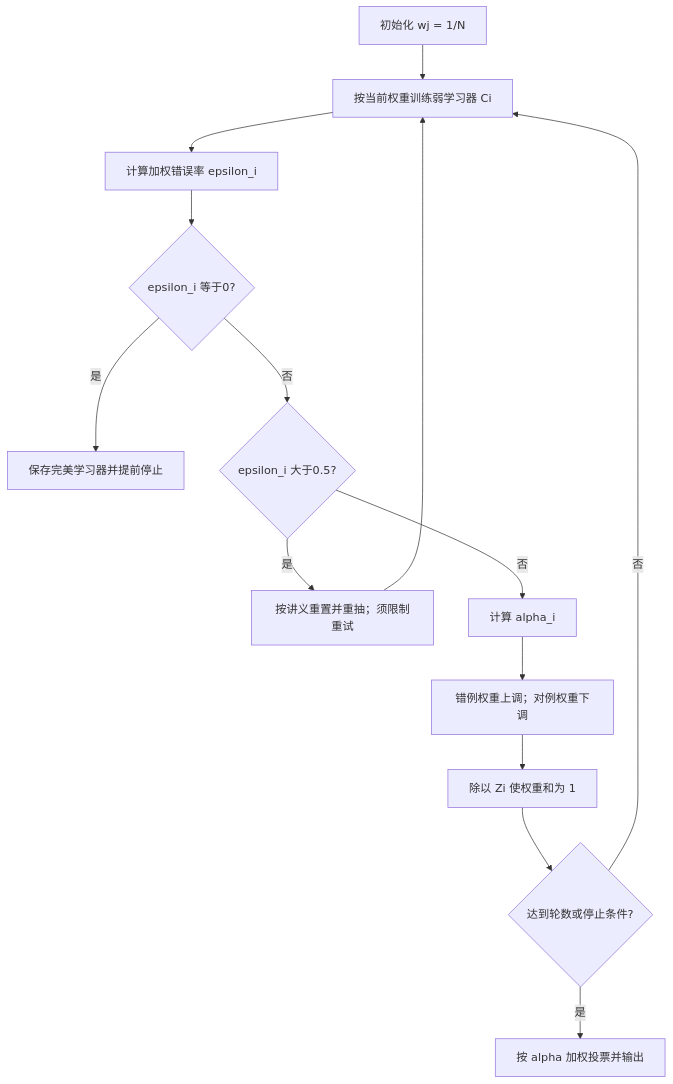
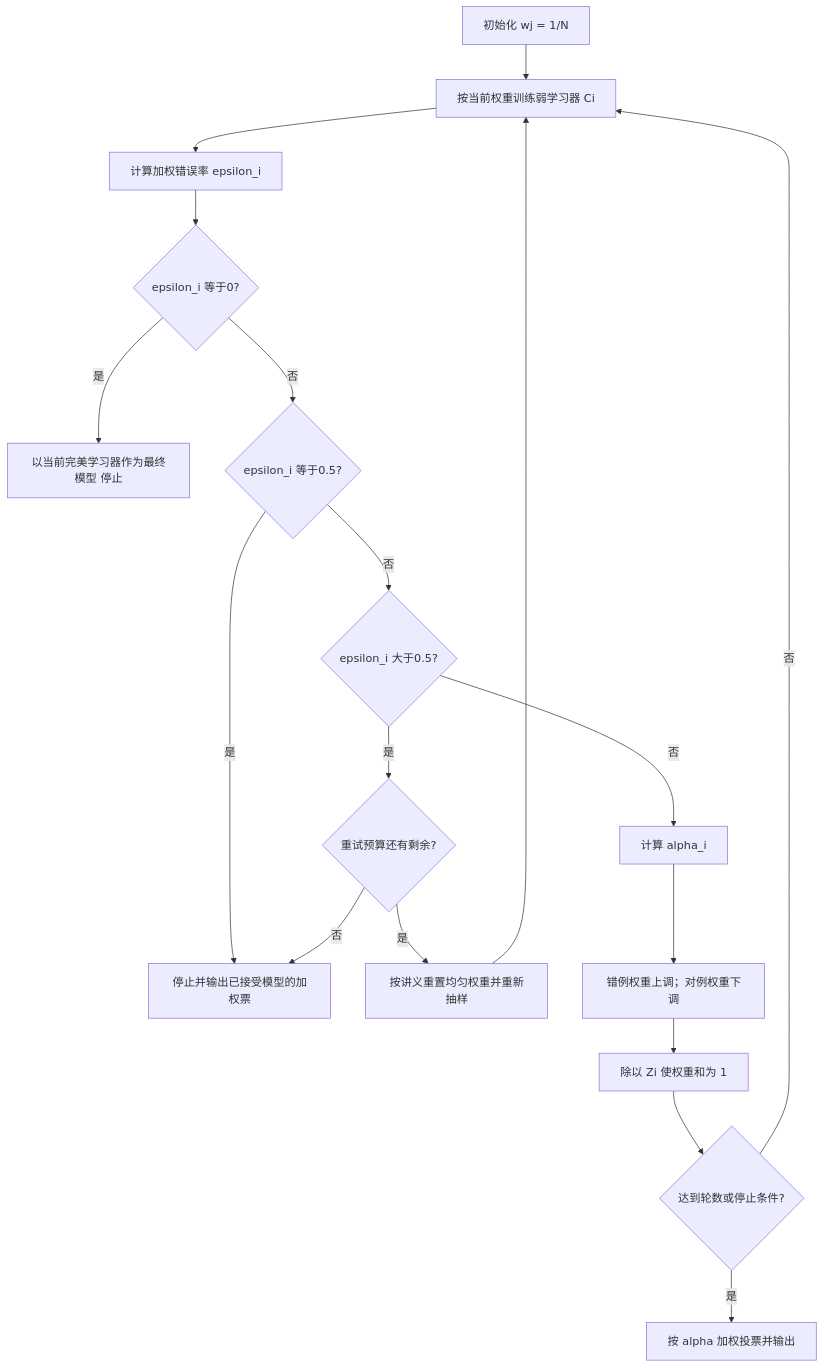
Before and after one commit to CercaTrovato/cityu-ai-course-notes: the fifth of 12 diagrams in IS6400_Business_Data_Analytics/notes/M06-分类-决策树集成SVM与不平衡学习.md, drawn with Mermaid. The commit also changed other lines of this file and 249 other files, not shown here.

````diff
--- a/IS6400_Business_Data_Analytics/notes/M06-分类-决策树集成SVM与不平衡学习.md
+++ b/IS6400_Business_Data_Analytics/notes/M06-分类-决策树集成SVM与不平衡学习.md
@@ -779,16 +972,20 @@
 ```mermaid
 flowchart TD
     A["初始化 wj = 1/N"] --> B["按当前权重训练弱学习器 Ci"]
     B --> C["计算加权错误率 epsilon_i"]
     C --> Z{"epsilon_i 等于0?"}
-    Z -->|是| P["保存完美学习器并提前停止"]
-    Z -->|否| D{"epsilon_i 大于0.5?"}
-    D -->|是| E["按讲义重置并重抽；须限制重试"]
-    E --> B
+    Z -->|是| P["以当前完美学习器作为最终模型 停止"]
+    Z -->|否| V{"epsilon_i 等于0.5?"}
+    V -->|是| Q["停止并输出已接受模型的加权票"]
+    V -->|否| D{"epsilon_i 大于0.5?"}
+    D -->|是| E{"重试预算还有剩余?"}
+    E -->|是| R["按讲义重置均匀权重并重新抽样"]
+    R --> B
+    E -->|否| Q
     D -->|否| F["计算 alpha_i"]
     F --> G["错例权重上调；对例权重下调"]
     G --> H["除以 Zi 使权重和为 1"]
     H --> I{"达到轮数或停止条件?"}
     I -->|否| B
     I -->|是| J["按 alpha 加权投票并输出"]
 ```
````
